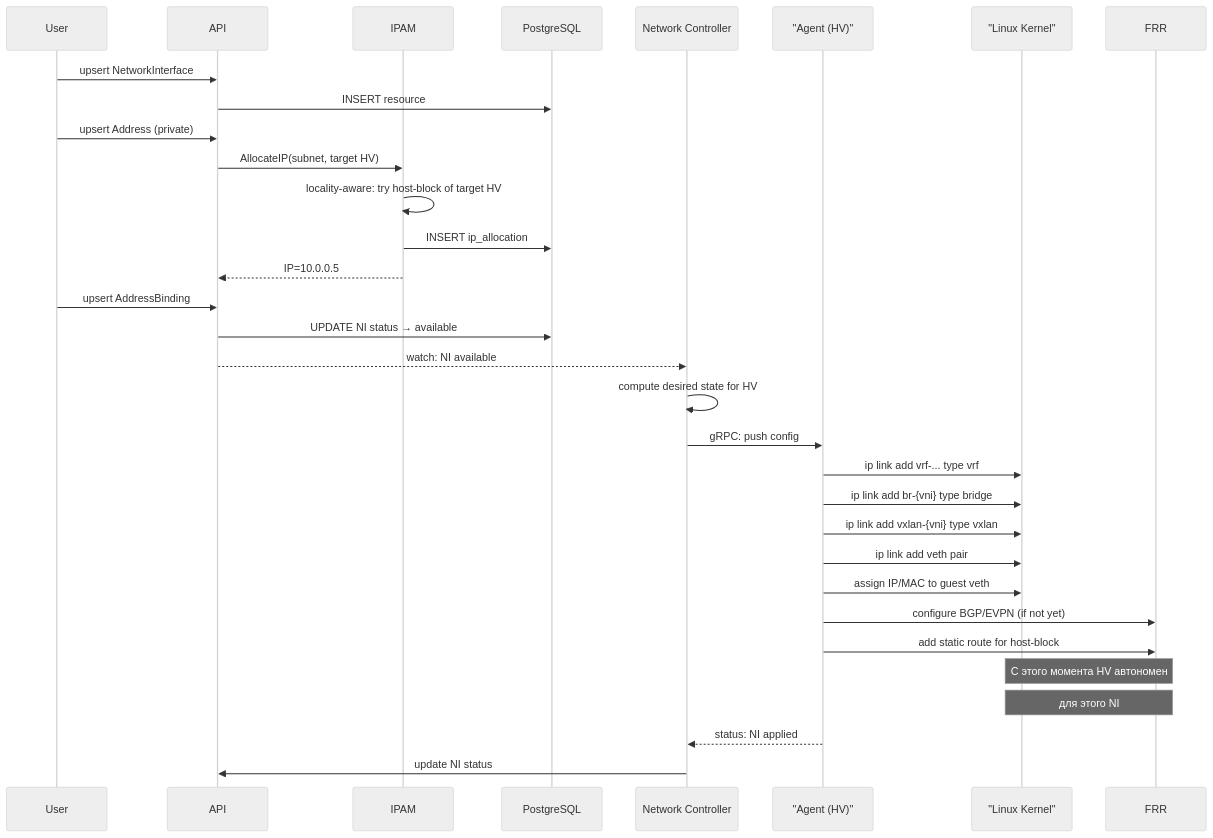
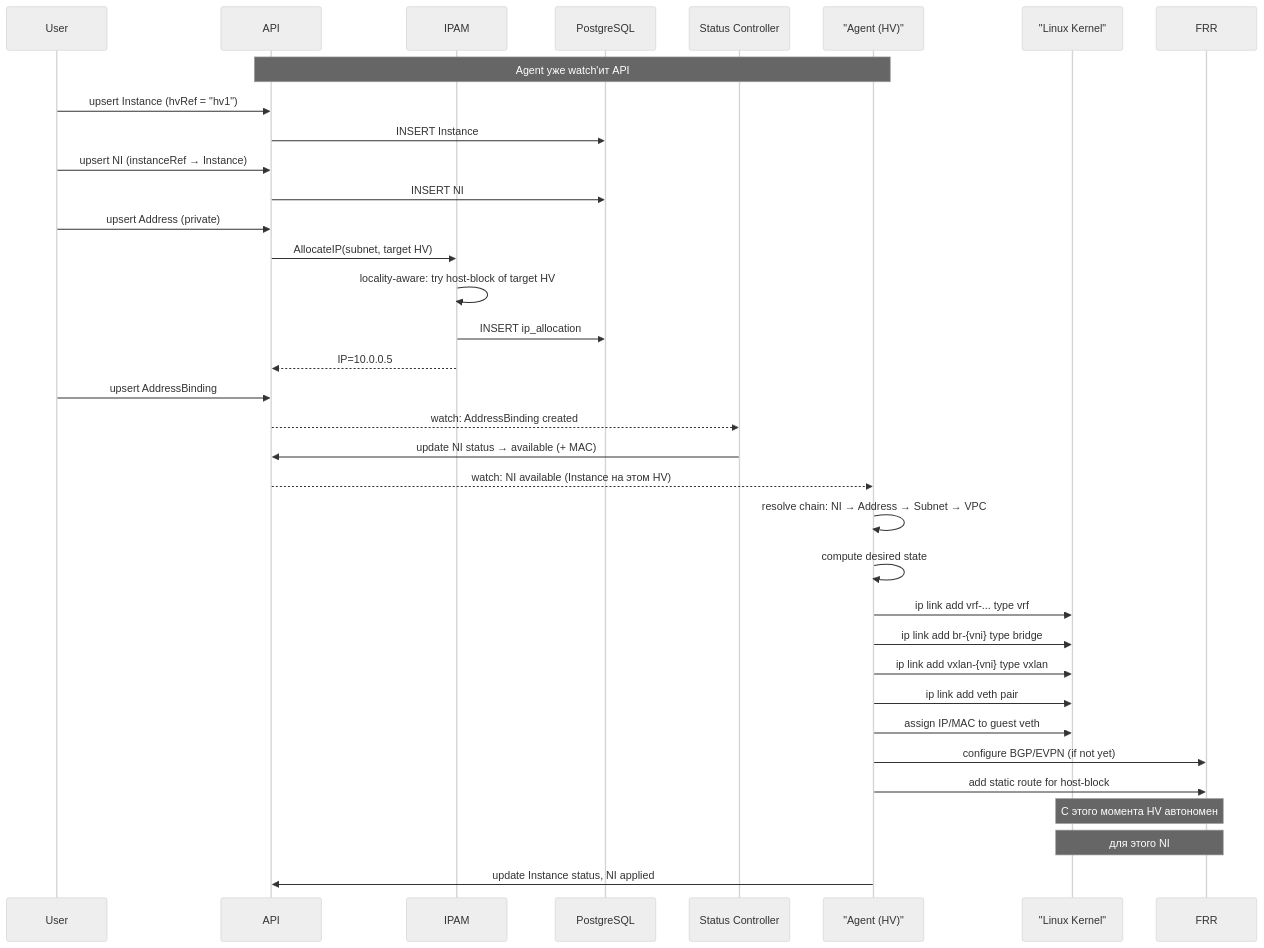
One commit to PRO-Robotech/in-cloud-vpc changed the seventh of 8 diagrams in ARCHITECTURE.md. Above: the diagram before and after it, drawn with Mermaid (neutral theme). The commit also changed other lines of this file and 3 other files, not shown here.

````diff
--- a/ARCHITECTURE.md
+++ b/ARCHITECTURE.md
@@ -646,39 +664,43 @@
 ```mermaid
 sequenceDiagram
     participant User
     participant API
     participant IPAM
     participant DB as PostgreSQL
-    participant Controller as Network Controller
+    participant StatusCtrl as Status Controller
     participant Agent as "Agent (HV)"
     participant Kernel as "Linux Kernel"
     participant FRR
 
-    User->>API: upsert NetworkInterface
-    API->>DB: INSERT resource
+    Note over Agent,API: Agent уже watch'ит API
+
+    User->>API: upsert Instance (hvRef = "hv1")
+    API->>DB: INSERT Instance
+    User->>API: upsert NI (instanceRef → Instance)
+    API->>DB: INSERT NI
     User->>API: upsert Address (private)
     API->>IPAM: AllocateIP(subnet, target HV)
     IPAM->>IPAM: locality-aware: try host-block of target HV
     IPAM->>DB: INSERT ip_allocation
     IPAM-->>API: IP=10.0.0.5
     User->>API: upsert AddressBinding
-    API->>DB: UPDATE NI status → available
-    API-->>Controller: watch: NI available
+    API-->>StatusCtrl: watch: AddressBinding created
+    StatusCtrl->>API: update NI status → available (+ MAC)
 
-    Controller->>Controller: compute desired state for HV
-    Controller->>Agent: gRPC: push config
+    API-->>Agent: watch: NI available (Instance на этом HV)
+    Agent->>Agent: resolve chain: NI → Address → Subnet → VPC
+    Agent->>Agent: compute desired state
 
     Agent->>Kernel: ip link add vrf-... type vrf
     Agent->>Kernel: ip link add br-{vni} type bridge
     Agent->>Kernel: ip link add vxlan-{vni} type vxlan
     Agent->>Kernel: ip link add veth pair
     Agent->>Kernel: assign IP/MAC to guest veth
     Agent->>FRR: configure BGP/EVPN (if not yet)
     Agent->>FRR: add static route for host-block
 
     Note over Kernel,FRR: С этого момента HV автономен
     Note over Kernel,FRR: для этого NI
-    
-    Agent-->>Controller: status: NI applied
-    Controller->>API: update NI status
+
+    Agent->>API: update Instance status, NI applied
 ```
````
